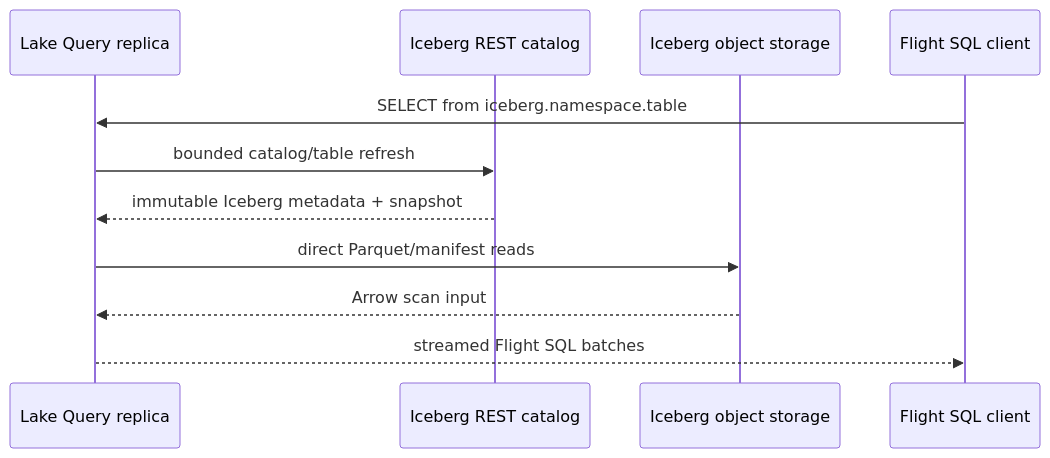
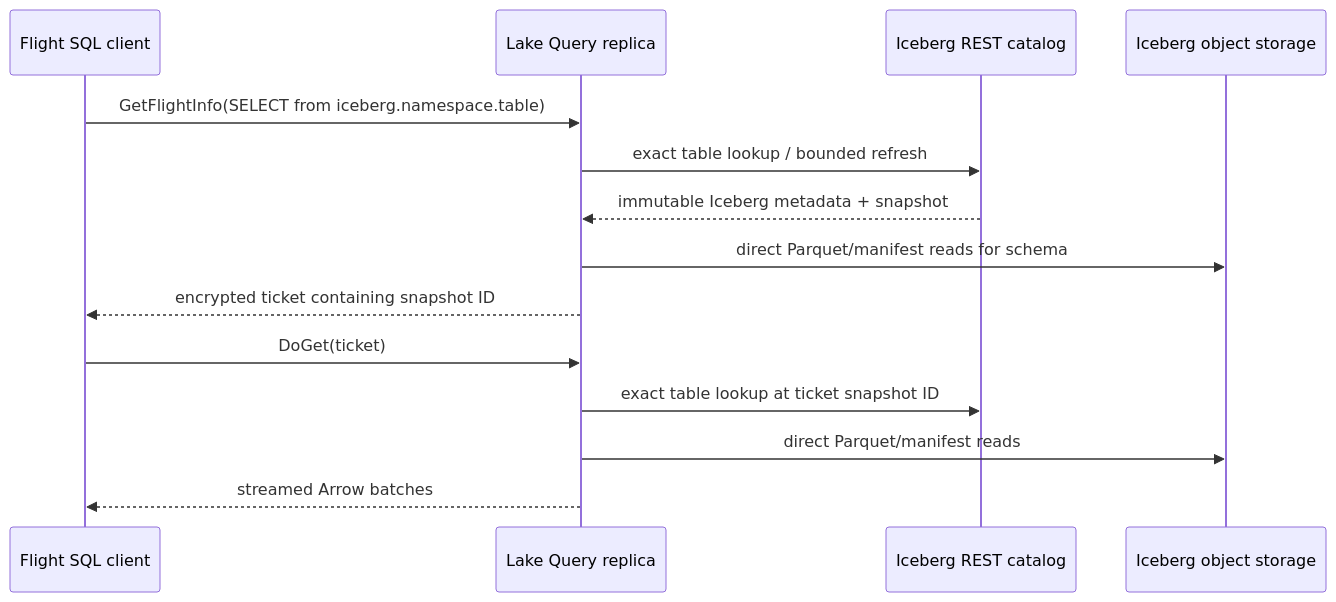
Before and after one commit to rararulab/lake: the diagram in docs/design/iceberg-federation.md, drawn with Mermaid. The commit also changed other lines of this file and 21 other files, not shown here.

Commit message:
feat(iceberg): federate REST catalog tables (#188) (#198)

````diff
--- a/docs/design/iceberg-federation.md
+++ b/docs/design/iceberg-federation.md
@@ -28,14 +29,17 @@
 ```mermaid
 sequenceDiagram
+    participant F as Flight SQL client
     participant Q as Lake Query replica
     participant C as Iceberg REST catalog
     participant O as Iceberg object storage
-    participant F as Flight SQL client
 
-    F->>Q: SELECT from iceberg.namespace.table
-    Q->>C: bounded catalog/table refresh
+    F->>Q: GetFlightInfo(SELECT from iceberg.namespace.table)
+    Q->>C: exact table lookup / bounded refresh
     C-->>Q: immutable Iceberg metadata + snapshot
+    Q->>O: direct Parquet/manifest reads for schema
+    Q-->>F: encrypted ticket containing snapshot ID
+    F->>Q: DoGet(ticket)
+    Q->>C: exact table lookup at ticket snapshot ID
     Q->>O: direct Parquet/manifest reads
-    O-->>Q: Arrow scan input
-    Q-->>F: streamed Flight SQL batches
+    Q-->>F: streamed Arrow batches
 ```
````
